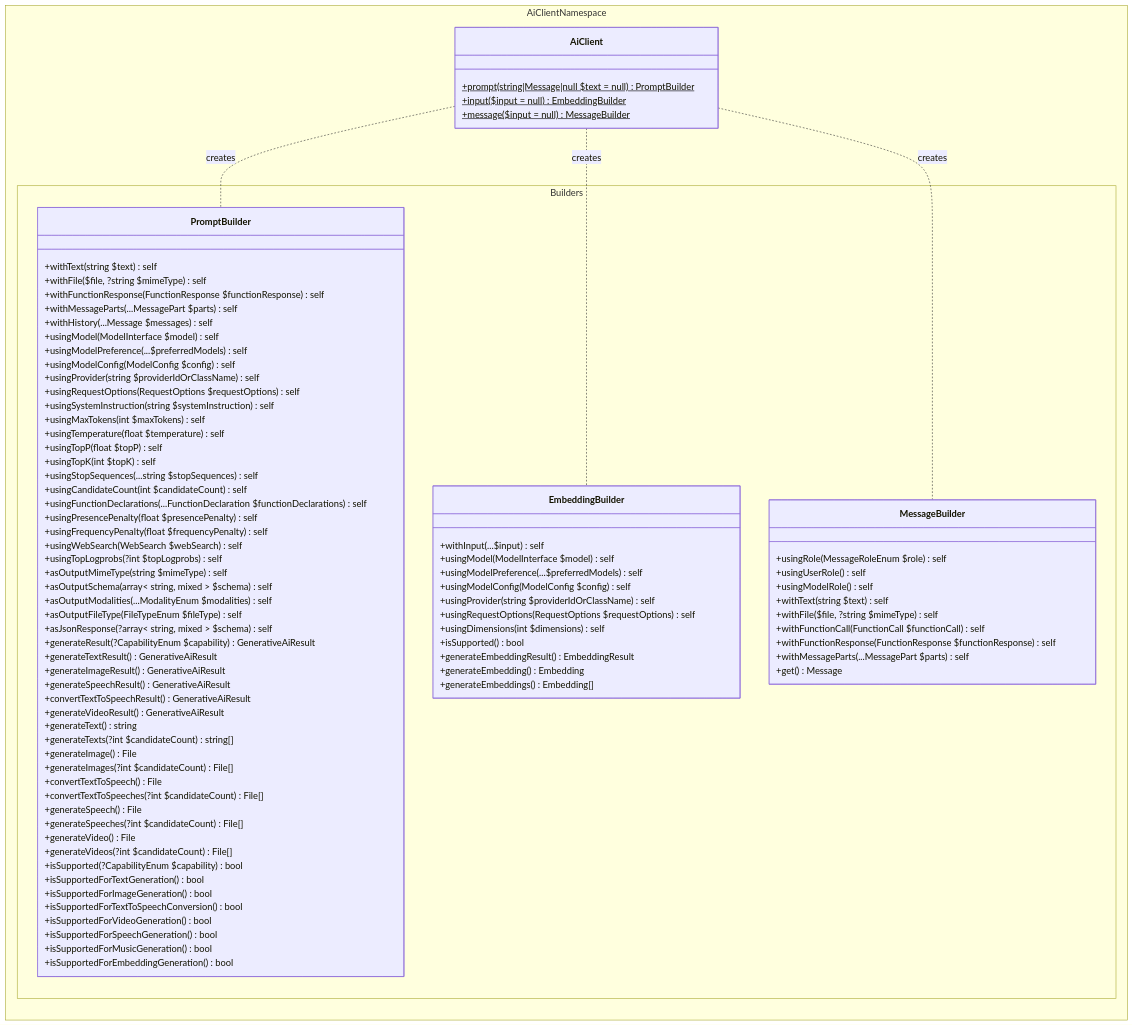
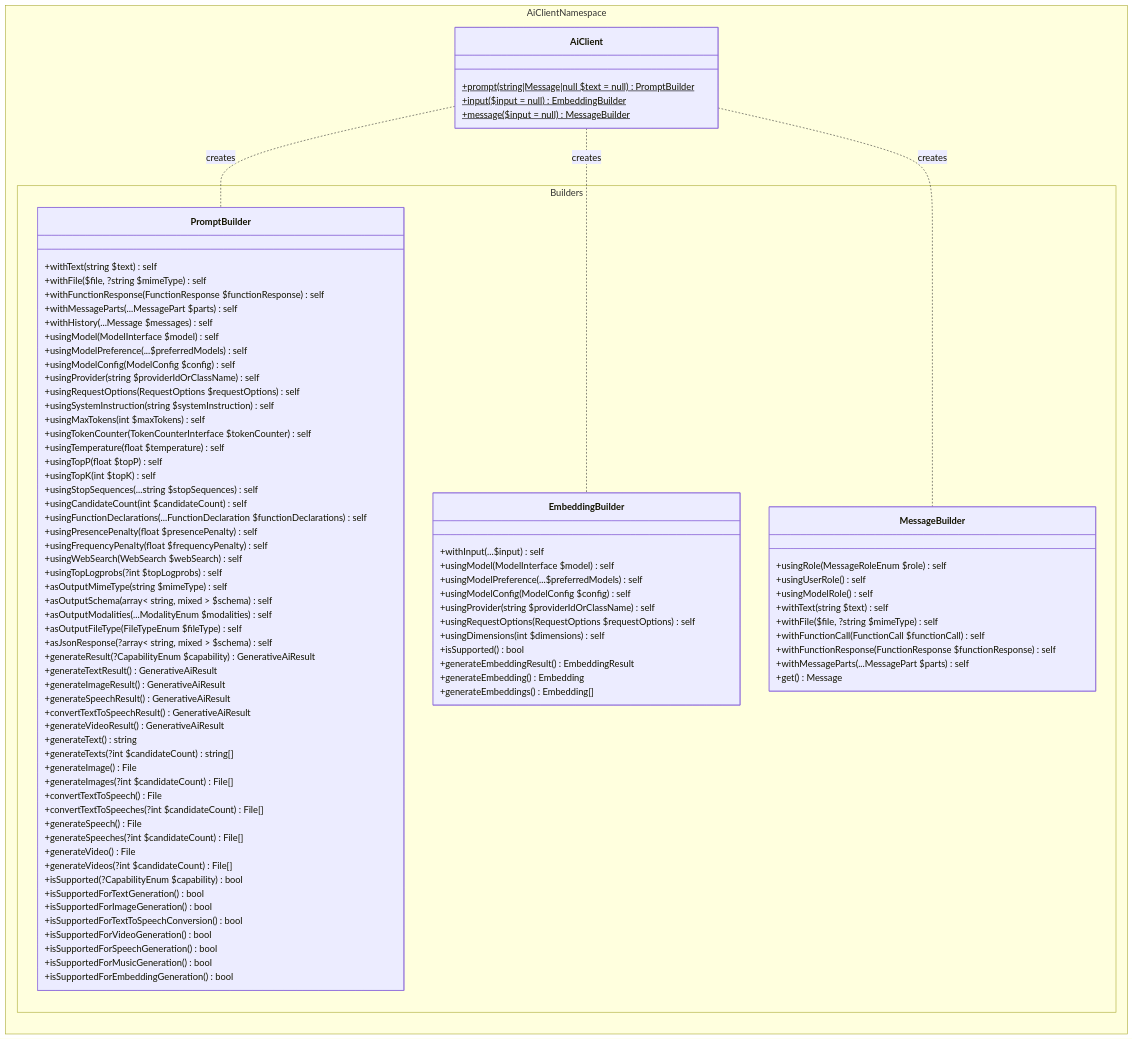
Before and after one commit to WordPress/php-ai-client: the first of 6 diagrams in docs/ARCHITECTURE.md, drawn with Mermaid. The commit also changed other lines of this file and 1 other file, not shown here.

Commit message:
Add token counter interface and context window definition to documentation

```diff
--- a/docs/ARCHITECTURE.md
+++ b/docs/ARCHITECTURE.md
@@ -365,6 +365,7 @@
             +usingRequestOptions(RequestOptions $requestOptions) self
             +usingSystemInstruction(string $systemInstruction) self
             +usingMaxTokens(int $maxTokens) self
+            +usingTokenCounter(TokenCounterInterface $tokenCounter) self
             +usingTemperature(float $temperature) self
             +usingTopP(float $topP) self
             +usingTopK(int $topK) self
```
